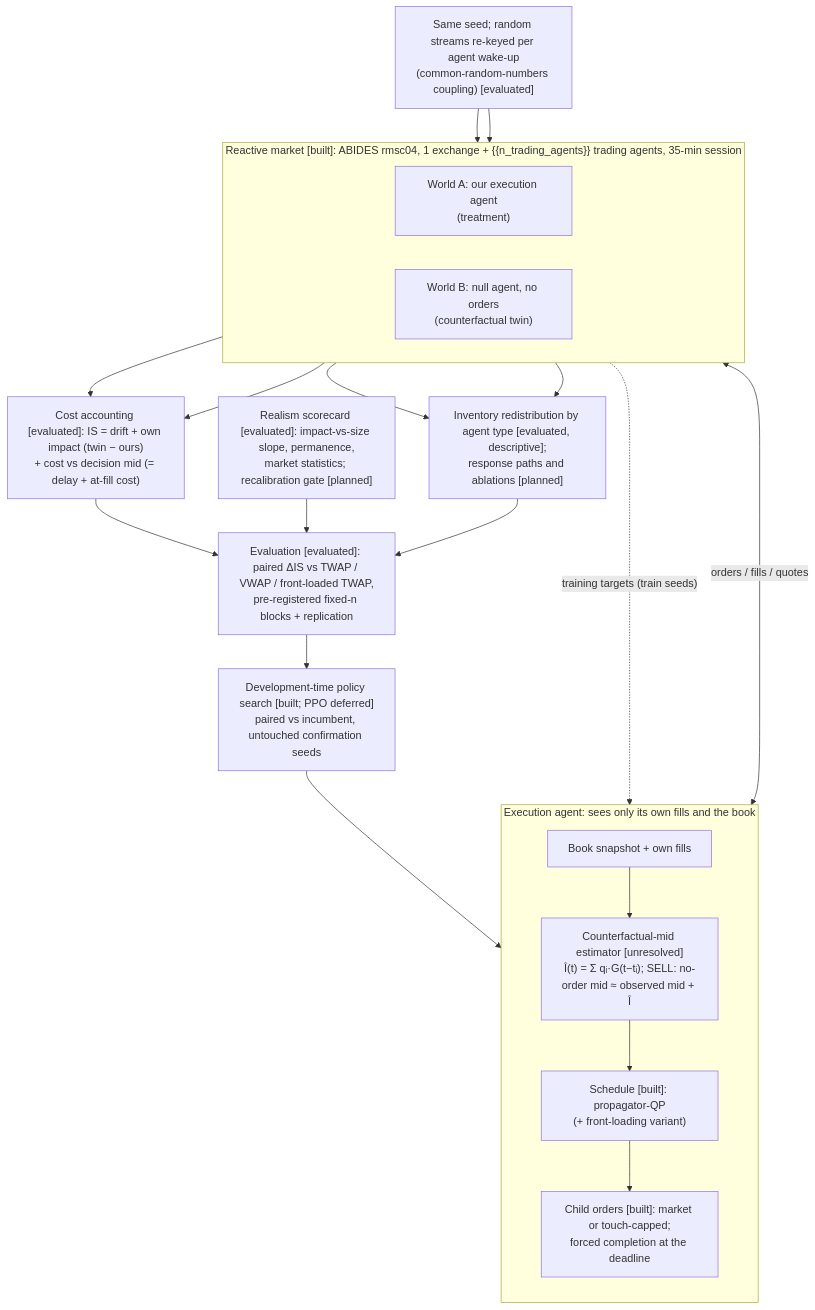
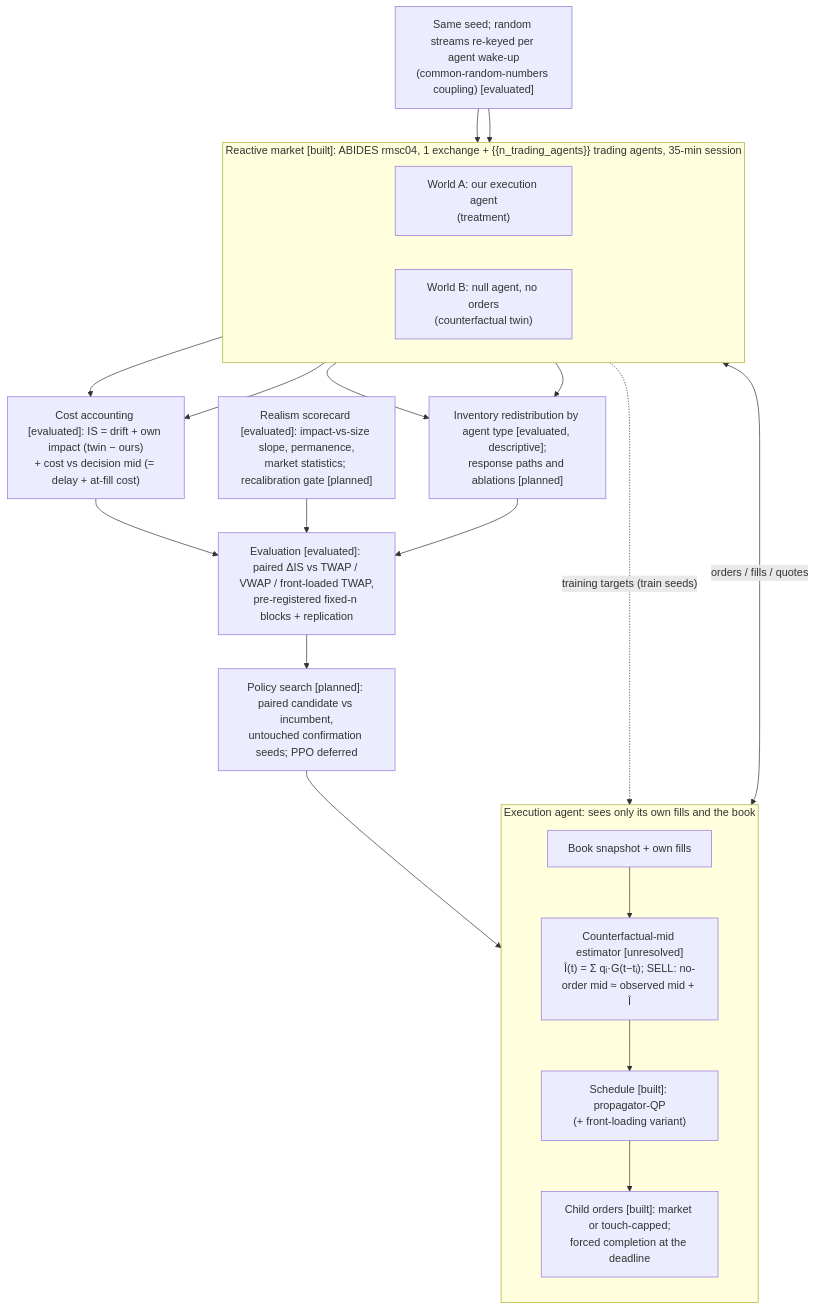
The diagram in perceptron-p05-impact-execution/deliverables/architecture.template.md (imdigitalashish/techfest-2026), drawn with Mermaid before and after one commit. The commit also changed other lines of this file and 17 other files, not shown here.

Commit message:
perceptron-p05-impact-execution: abstract v1.1 per final reviews (same-arm E12, registered E7 slope, descriptive attribution, top-of-book scope, planned search); CSV-based claims, registered 10k H2 bootstrap, atomic render, count tracing; review ledger + decisions; check_docs OK

````diff
--- a/perceptron-p05-impact-execution/deliverables/architecture.template.md
+++ b/perceptron-p05-impact-execution/deliverables/architecture.template.md
@@ -5,26 +5,26 @@
 ```mermaid
 flowchart TB
   subgraph SIM["Reactive market [built]: ABIDES rmsc04, 1 exchange + {{n_trading_agents}} trading agents, 35-min session"]
     direction LR
     W1["World A: our execution agent<br/>(treatment)"]
     W0["World B: null agent, no orders<br/>(counterfactual twin)"]
   end
   SEED["Same seed; random streams re-keyed per agent wake-up<br/>(common-random-numbers coupling) [evaluated]"] --> W1 & W0
 
   subgraph AGENT["Execution agent: sees only its own fills and the book"]
     direction TB
     OBS["Book snapshot + own fills"] --> CF["Counterfactual-mid estimator [unresolved]<br/>Î(t) = Σ qᵢ·G(t−tᵢ); SELL: no-order mid ≈ observed mid + Î"]
     CF --> SCH["Schedule [built]: propagator-QP<br/>(+ front-loading variant)"]
     SCH --> TAC["Child orders [built]: market or touch-capped;<br/>forced completion at the deadline"]
   end
   W1 <-->|"orders / fills / quotes"| AGENT
 
   W1 & W0 --> TCA["Cost accounting [evaluated]: IS = drift + own impact (twin − ours)<br/>+ cost vs decision mid (= delay + at-fill cost)"]
   W1 & W0 --> FB["Inventory redistribution by agent type [evaluated, descriptive];<br/>response paths and ablations [planned]"]
   W0 -. "training targets (train seeds)" .-> CF
   TCA --> EV["Evaluation [evaluated]: paired ΔIS vs TWAP / VWAP / front-loaded TWAP,<br/>pre-registered fixed-n blocks + replication"]
   SC["Realism scorecard [evaluated]: impact-vs-size slope, permanence,<br/>market statistics; recalibration gate [planned]"] --> EV
   FB --> EV
-  EV --> AR["Development-time policy search [built; PPO deferred]<br/>paired vs incumbent, untouched confirmation seeds"]
+  EV --> AR["Policy search [planned]: paired candidate vs incumbent,<br/>untouched confirmation seeds; PPO deferred"]
   AR --> AGENT
 ```
````
